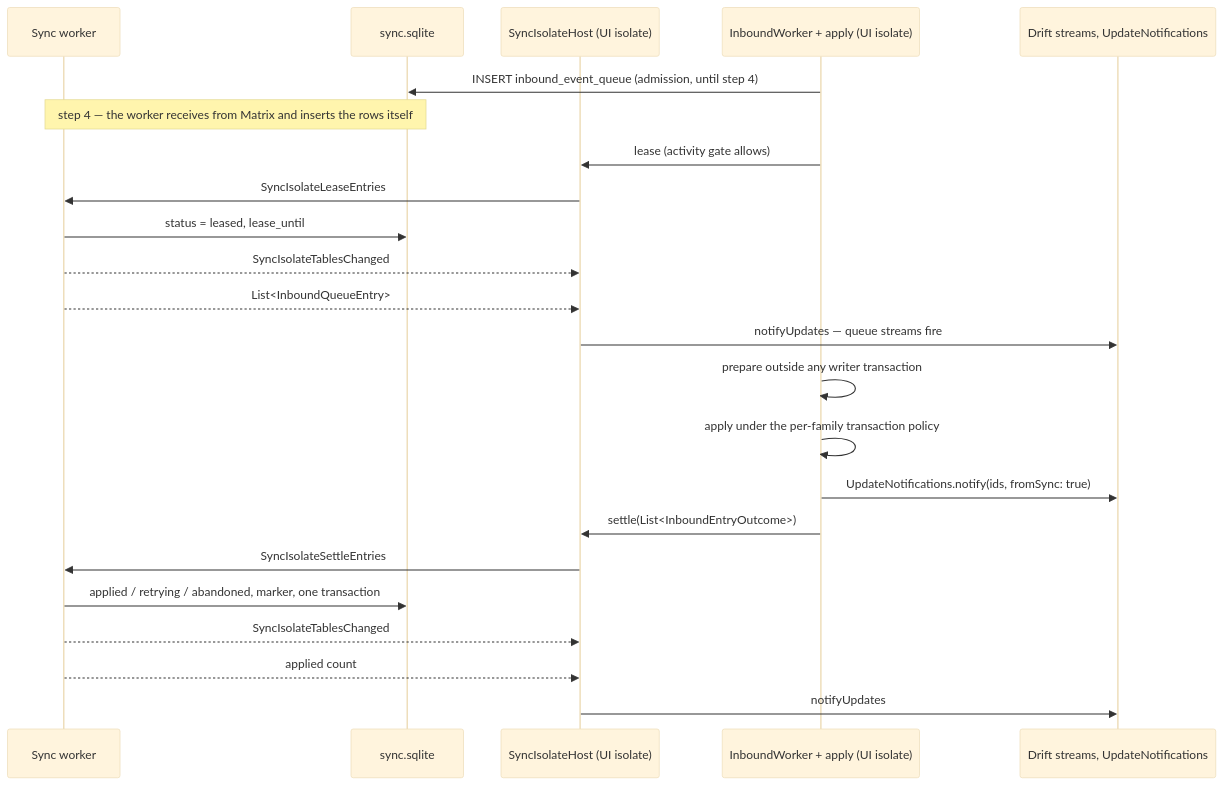
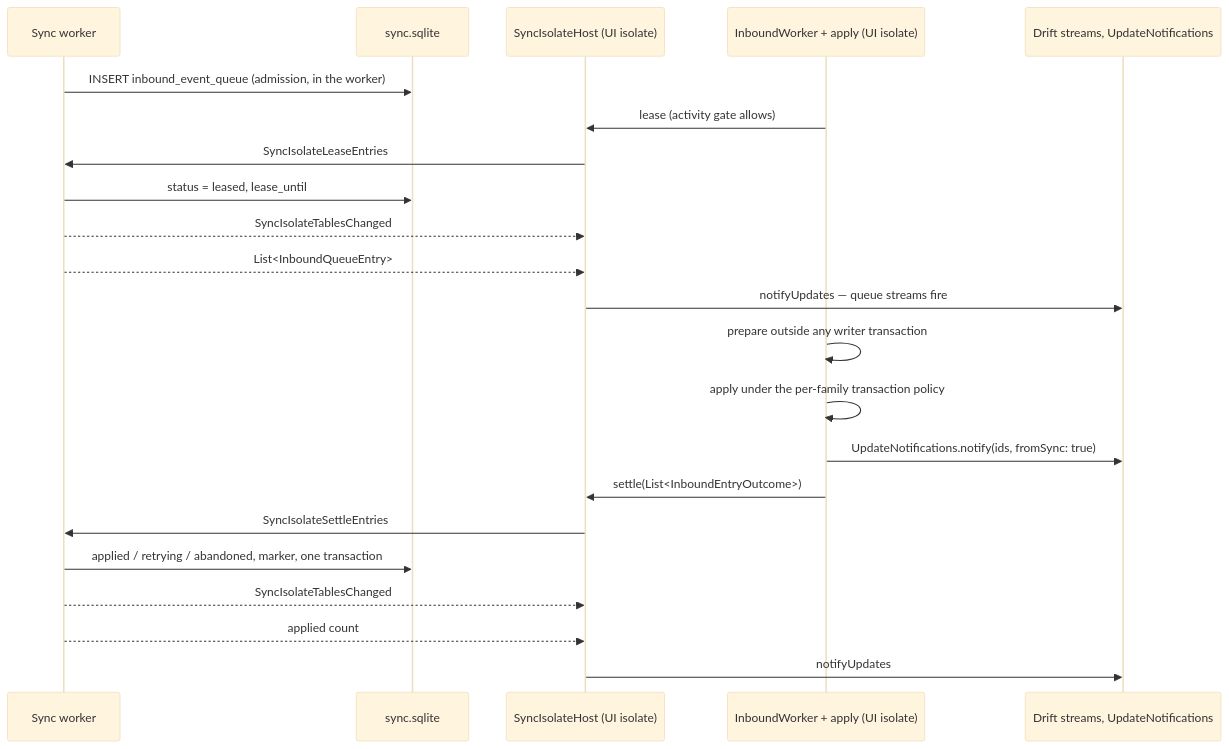
Before and after one commit to matthiasn/lotti: the first of 3 diagrams in knowledge/features/sync/isolate.md, drawn with Mermaid (base theme). The commit also changed other lines of this file and 85 other files, not shown here.

Commit message:
feat(sync): the sync isolate hosts the Matrix stack behind the port (ADR 0142 step 4b) (#4841)

````diff
--- a/knowledge/features/sync/isolate.md
+++ b/knowledge/features/sync/isolate.md
@@ -139,25 +175,24 @@
 ```mermaid
 sequenceDiagram
   participant W as Sync worker
   participant S as sync.sqlite
   participant H as SyncIsolateHost (UI isolate)
   participant A as InboundWorker + apply (UI isolate)
   participant U as Drift streams, UpdateNotifications
-  A->>S: INSERT inbound_event_queue (admission, until step 4)
-  Note over W,S: step 4 — the worker receives from Matrix and inserts the rows itself
+  W->>S: INSERT inbound_event_queue (admission, in the worker)
   A->>H: lease (activity gate allows)
   H->>W: SyncIsolateLeaseEntries
   W->>S: status = leased, lease_until
   W-->>H: SyncIsolateTablesChanged
   W-->>H: List<InboundQueueEntry>
   H->>U: notifyUpdates — queue streams fire
   A->>A: prepare outside any writer transaction
   A->>A: apply under the per-family transaction policy
   A->>U: UpdateNotifications.notify(ids, fromSync: true)
   A->>H: settle(List<InboundEntryOutcome>)
   H->>W: SyncIsolateSettleEntries
   W->>S: applied / retrying / abandoned, marker, one transaction
   W-->>H: SyncIsolateTablesChanged
   W-->>H: applied count
   H->>U: notifyUpdates
 ```
````
